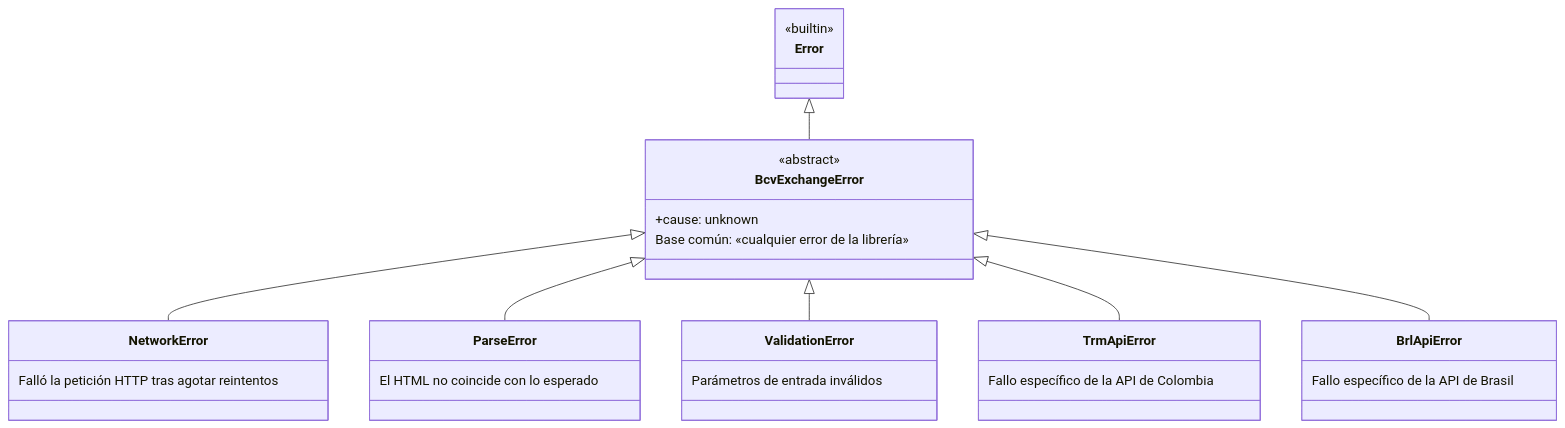
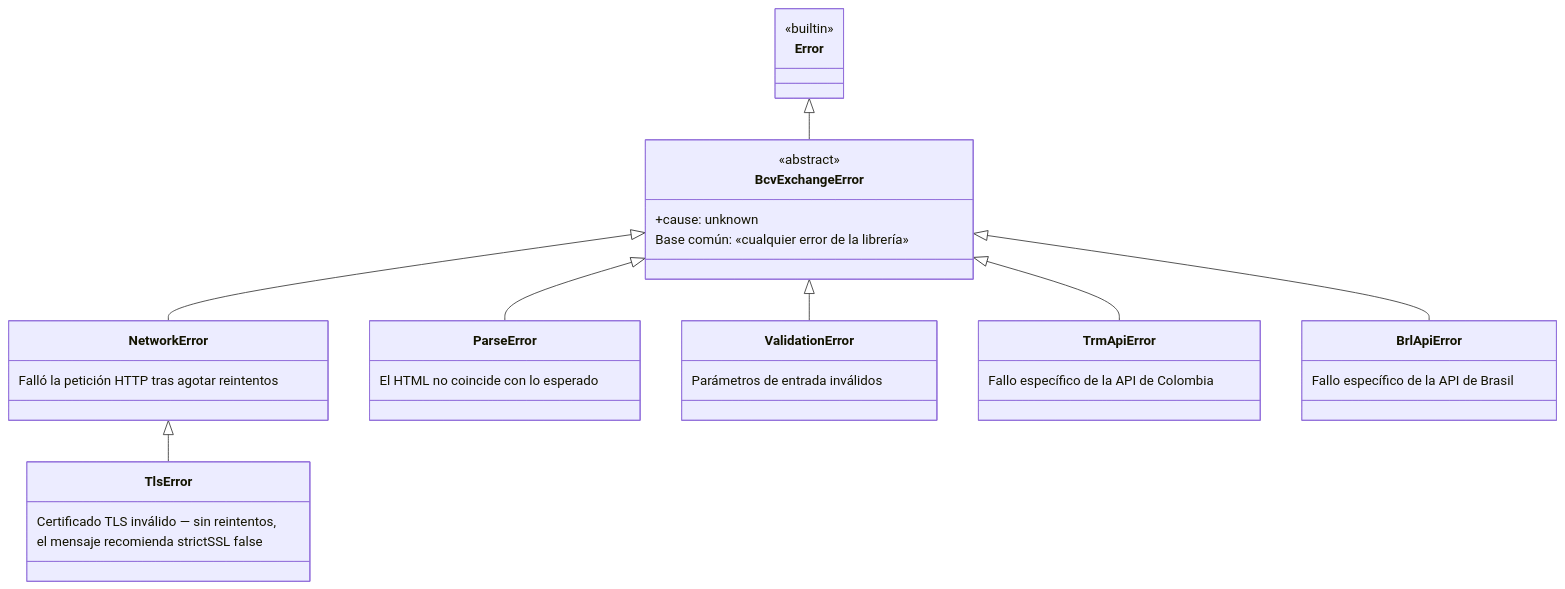
Before and after one commit to carrilloapps/bcv-exchange-rate: the diagram in docs/guides/errors.md, drawn with Mermaid. The commit also changed other lines of this file and 14 other files, not shown here.

Commit message:
feat: TlsError sin reintentos con recomendacion de strictSSL y eco del flag en las respuestas

````diff
--- a/docs/guides/errors.md
+++ b/docs/guides/errors.md
@@ -7,33 +7,38 @@
 ```mermaid
 classDiagram
     class Error {
         <<builtin>>
     }
     class BcvExchangeError {
         <<abstract>>
         +cause: unknown
         Base común: «cualquier error de la librería»
     }
     class NetworkError {
         Falló la petición HTTP tras agotar reintentos
+    }
+    class TlsError {
+        Certificado TLS inválido — sin reintentos,
+        el mensaje recomienda strictSSL false
     }
     class ParseError {
         El HTML no coincide con lo esperado
     }
     class ValidationError {
         Parámetros de entrada inválidos
     }
     class TrmApiError {
         Fallo específico de la API de Colombia
     }
     class BrlApiError {
         Fallo específico de la API de Brasil
     }
 
     Error <|-- BcvExchangeError
     BcvExchangeError <|-- NetworkError
+    NetworkError <|-- TlsError
     BcvExchangeError <|-- ParseError
     BcvExchangeError <|-- ValidationError
     BcvExchangeError <|-- TrmApiError
     BcvExchangeError <|-- BrlApiError
 ```
````
